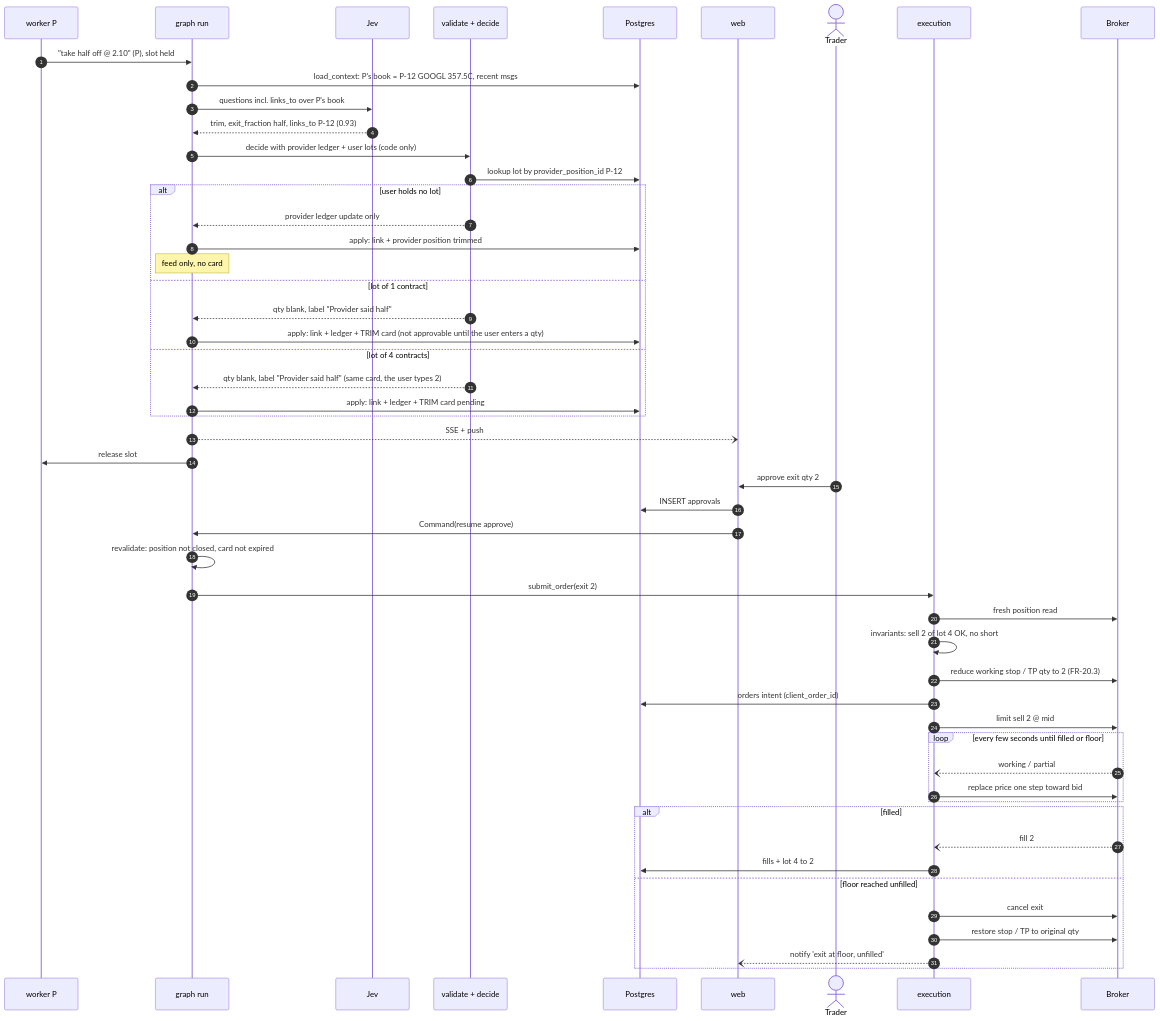
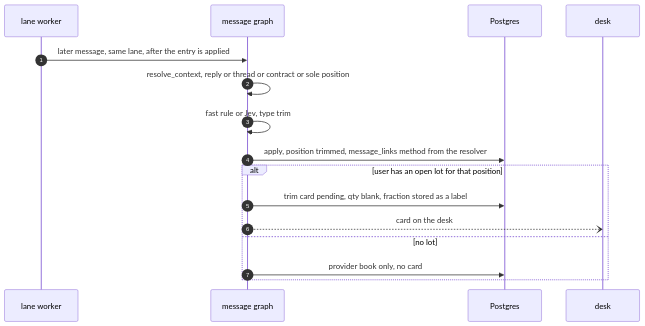
One commit to idolrun/trading-agent changed the second of 12 diagrams in docs/diagrams/06-sequence-diagrams.md. Above: the diagram before and after it, drawn with Mermaid. The commit also changed other lines of this file and 131 other files, not shown here.

First line of the commit message:
docs: update architecture and data flow diagrams for clarity and consistency

````diff
--- a/docs/diagrams/06-sequence-diagrams.md
+++ b/docs/diagrams/06-sequence-diagrams.md
@@ -84,55 +68,19 @@
 ```mermaid
 sequenceDiagram
     autonumber
-    participant WP as worker P
-    participant G as graph run
-    participant J as Jev
-    participant VD as validate + decide
+    participant WP as lane worker
+    participant G as message graph
     participant DB as Postgres
-    participant W as web
-    actor U as Trader
-    participant X as execution
-    participant B as Broker
+    participant W as desk
 
-    WP->>G: "take half off @ 2.10" (P), slot held
-    G->>DB: load_context: P's book = P-12 GOOGL 357.5C, recent msgs
-    G->>J: questions incl. links_to over P's book
-    J-->>G: trim, exit_fraction half, links_to P-12 (0.93)
-    G->>VD: decide with provider ledger + user lots (code only)
-    VD->>DB: lookup lot by provider_position_id P-12
-    alt user holds no lot
-        VD-->>G: provider ledger update only
-        G->>DB: apply: link + provider position trimmed
-        Note over G: feed only, no card
-    else lot of 1 contract
-        VD-->>G: qty blank, label "Provider said half"
-        G->>DB: apply: link + ledger + TRIM card (not approvable until the user enters a qty)
-    else lot of 4 contracts
-        VD-->>G: qty blank, label "Provider said half" (same card, the user types 2)
-        G->>DB: apply: link + ledger + TRIM card pending
-    end
-    G--)W: SSE + push
-    G->>WP: release slot
-    U->>W: approve exit qty 2
-    W->>DB: INSERT approvals
-    W->>G: Command(resume approve)
-    G->>G: revalidate: position not closed, card not expired
-    G->>X: submit_order(exit 2)
-    X->>B: fresh position read
-    X->>X: invariants: sell 2 of lot 4 OK, no short
-    X->>B: reduce working stop / TP qty to 2 (FR-20.3)
-    X->>DB: orders intent (client_order_id)
-    X->>B: limit sell 2 @ mid
-    loop every few seconds until filled or floor
-        B--)X: working / partial
-        X->>B: replace price one step toward bid
-    end
-    alt filled
-        B--)X: fill 2
-        X->>DB: fills + lot 4 to 2
-    else floor reached unfilled
-        X->>B: cancel exit
-        X->>B: restore stop / TP to original qty
-        X--)W: notify 'exit at floor, unfilled'
+    WP->>G: later message, same lane, after the entry is applied
+    G->>G: resolve_context, reply or thread or contract or sole position
+    G->>G: fast rule or Jev, type trim
+    G->>DB: apply, position trimmed, message_links method from the resolver
+    alt user has an open lot for that position
+        G->>DB: trim card pending, qty blank, fraction stored as a label
+        G--)W: card on the desk
+    else no lot
+        G->>DB: provider book only, no card
     end
 ```
````
